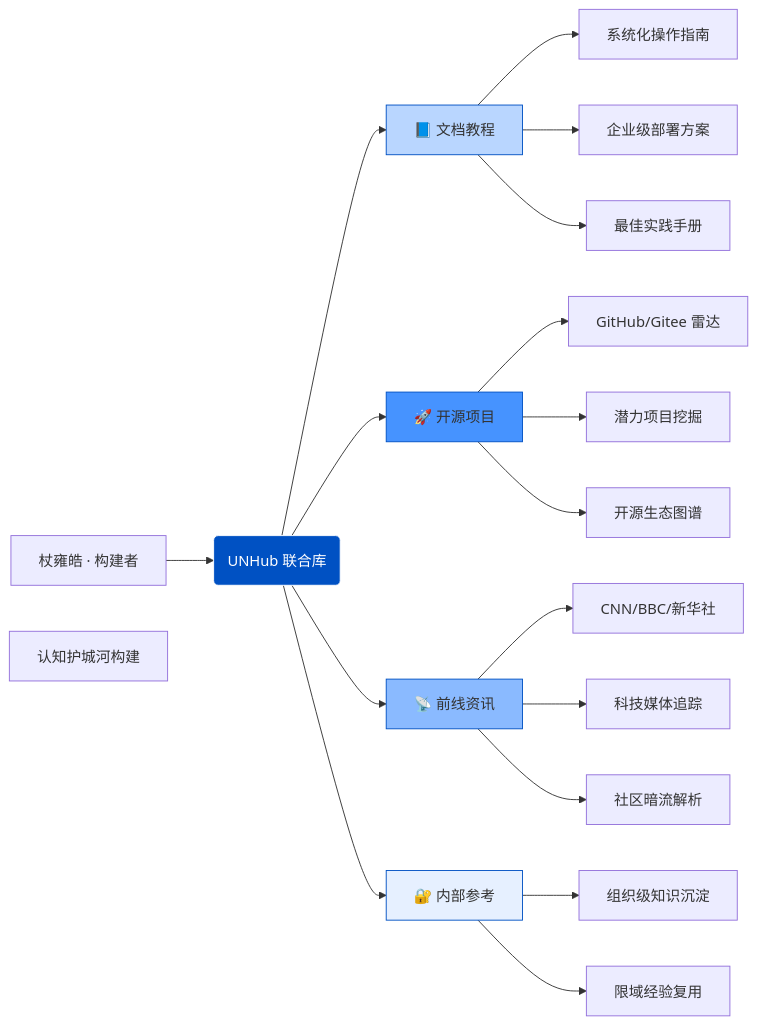
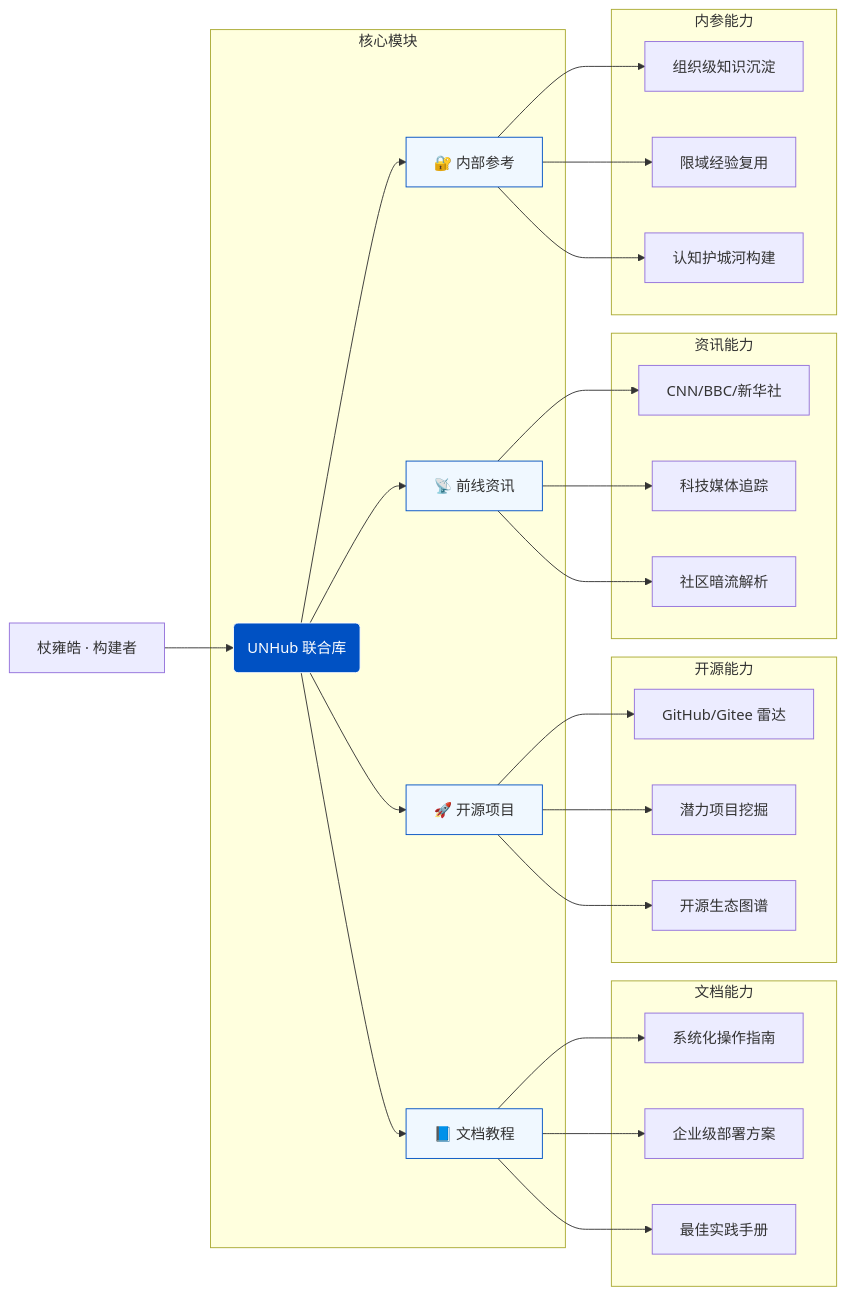
The diagram in docs/intro.md (zyhgov/UNHub-DOCS), drawn with Mermaid before and after one commit. The commit also changed other lines of this file and 16 other files, not shown here.

````diff
--- a/docs/intro.md
+++ b/docs/intro.md
@@ -21,30 +22,40 @@
 ```mermaid
-graph LR
+flowchart LR
     A[杖雍皓 · 构建者] --> B(UNHub 联合库)
-    B --> C[📘 文档教程]
-    B --> D[🚀 开源项目]
-    B --> E[📡 前线资讯]
-    B --> F[🔐 内部参考]
 
-    C --> C1[系统化操作指南]
-    C --> C2[企业级部署方案]
-    C --> C3[最佳实践手册]
+    subgraph 核心模块
+        B --> C[📘 文档教程]
+        B --> D[🚀 开源项目]
+        B --> E[📡 前线资讯]
+        B --> F[🔐 内部参考]
+    end
 
-    D --> D1[GitHub/Gitee 雷达]
-    D --> D2[潜力项目挖掘]
-    D --> D3[开源生态图谱]
+    subgraph 文档能力
+        C --> C1[系统化操作指南]
+        C --> C2[企业级部署方案]
+        C --> C3[最佳实践手册]
+    end
 
-    E --> E1[CNN/BBC/新华社]
-    E --> E2[科技媒体追踪]
-    E --> E3[社区暗流解析]
+    subgraph 开源能力
+        D --> D1[GitHub/Gitee 雷达]
+        D --> D2[潜力项目挖掘]
+        D --> D3[开源生态图谱]
+    end
 
-    F --> F1[组织级知识沉淀]
-    F --> F2[限域经验复用]
-    F3[认知护城河构建]
+    subgraph 资讯能力
+        E --> E1[CNN/BBC/新华社]
+        E --> E2[科技媒体追踪]
+        E --> E3[社区暗流解析]
+    end
 
-    style B fill:#0051c3,stroke:#fff,color:#fff
-    style C fill:#b9d6ff,stroke:#0051c3
-    style D fill:#4693ff,stroke:#0051c3
-    style E fill:#8abaff,stroke:#0051c3
-    style F fill:#e6f0ff,stroke:#0051c3
+    subgraph 内参能力
+        F --> F1[组织级知识沉淀]
+        F --> F2[限域经验复用]
+        F --> F3[认知护城河构建]
+    end
+
+    classDef hub fill:#0051c3,stroke:#fff,color:#fff;
+    classDef mod fill:#f0f8ff,stroke:#0051c3;
+    class B hub;
+    class C,D,E,F mod;
 ```
````
